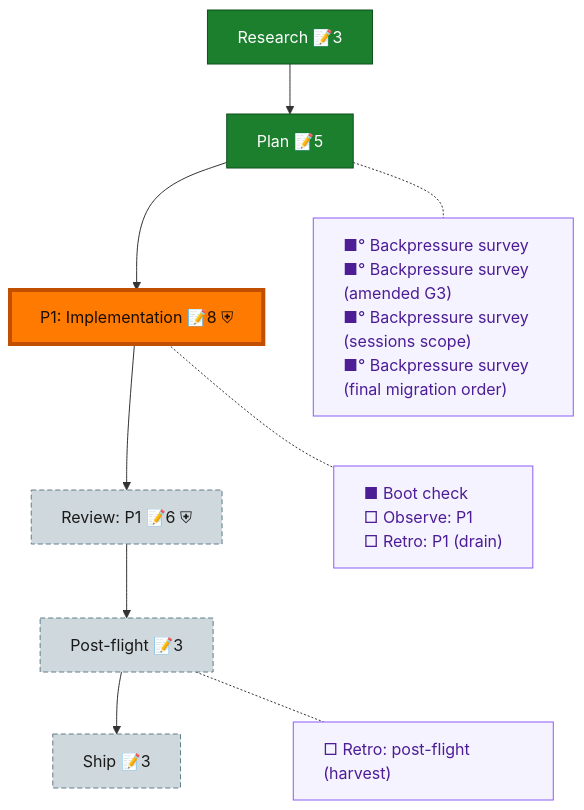
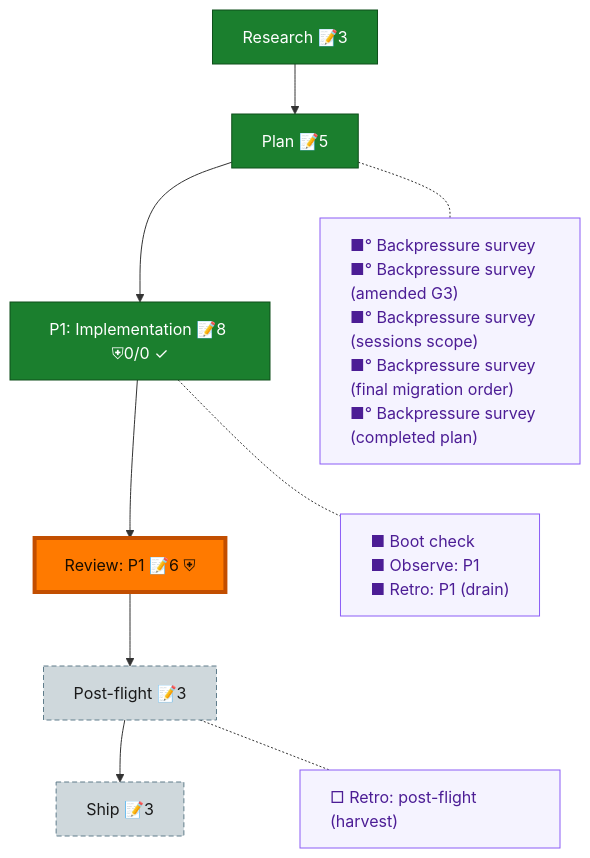
Before and after one commit to vaughanknight/pij: the diagram in docs/plans/128-seat-session-identity/the-flow.md, drawn with Mermaid. The commit also changed other lines of this file and 6 other files, not shown here.

````diff
--- a/docs/plans/128-seat-session-identity/the-flow.md
+++ b/docs/plans/128-seat-session-identity/the-flow.md
@@ -8,30 +8,29 @@
 ```mermaid
 flowchart TD
     research["Research 📝3"]:::done
     plan["Plan 📝5"]:::done
-    phase_1["P1: Implementation 📝8 ⛨"]:::wip
-    review_1["Review: P1 📝6 ⛨"]:::assumed
+    phase_1["P1: Implementation 📝8 ⛨0/0 ✓"]:::done
+    review_1["Review: P1 📝6 ⛨"]:::done
     post_flight["Post-flight 📝3"]:::assumed
     ship["Ship 📝3"]:::assumed
 
     research --> plan --> phase_1 --> review_1 --> post_flight --> ship
 
-    planC["■° Backpressure survey<br/>■° Backpressure survey (amended G3)<br/>■° Backpressure survey (sessions scope)<br/>■° Backpressure survey (final migration order)"]:::chore
-    phase_1C["■ Boot check<br/>□ Observe: P1<br/>□ Retro: P1 (drain)"]:::chore
+    planC["■° Backpressure survey<br/>■° Backpressure survey (amended G3)<br/>■° Backpressure survey (sessions scope)<br/>■° Backpressure survey (final migration order)<br/>■° Backpressure survey (completed plan)"]:::chore
+    phase_1C["■ Boot check<br/>■ Observe: P1<br/>■ Retro: P1 (drain)"]:::chore
     post_flightC["□ Retro: post-flight (harvest)"]:::chore
 
     %% invisible chain holds the gutter boxes in their own column
     planC ~~~ phase_1C ~~~ post_flightC
 
     %% dotted links pull each gutter box beside its node
     plan -.- planC
     phase_1 -.- phase_1C
     post_flight -.- post_flightC
 
     classDef done fill:#1B7F2E,stroke:#0F4F1B,color:#fff;
-    classDef wip fill:#43C04A,stroke:#1B7F2E,color:#04210A;
     classDef assumed fill:#CFD8DC,stroke:#607D8B,color:#1a1a1a,stroke-dasharray:5 3;
     classDef chore fill:#f5f3ff,stroke:#8b5cf6,color:#4c1d95,text-align:left;
     classDef current fill:#FF7A00,stroke:#C24E00,color:#1a0e00,stroke-width:4px;
-    class phase_1 current;
+    class review_1 current;
 ```
````
